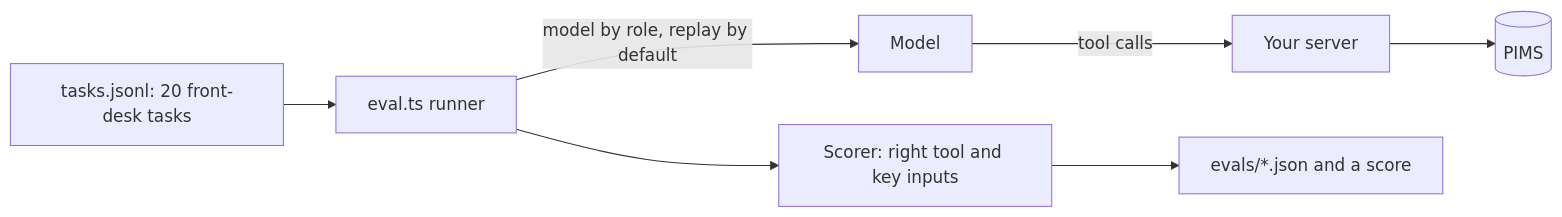
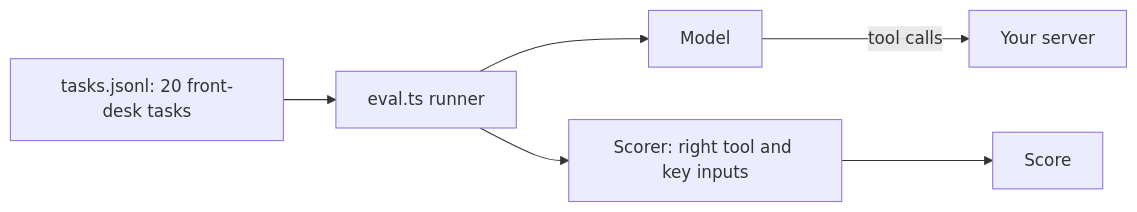
One commit to learnwithparam/mcp-workshop changed the diagram in parts/02-pick-the-right-tool/README.md. Above: the diagram before and after it, drawn with Mermaid. The commit also changed other lines of this file and 153 other files, not shown here.

````diff
--- a/parts/02-pick-the-right-tool/README.md
+++ b/parts/02-pick-the-right-tool/README.md
@@ -39,8 +15,7 @@
 ```mermaid
 flowchart LR
   T[tasks.jsonl: 20 front-desk tasks] --> R[eval.ts runner]
-  R -- "model by role, replay by default" --> M[Model]
+  R --> M[Model]
   M -- tool calls --> S[Your server]
-  S --> P[(PIMS)]
-  R --> J[Scorer: right tool and key inputs] --> O[evals/*.json and a score]
+  R --> J[Scorer: right tool and key inputs] --> O[Score]
 ```
````
